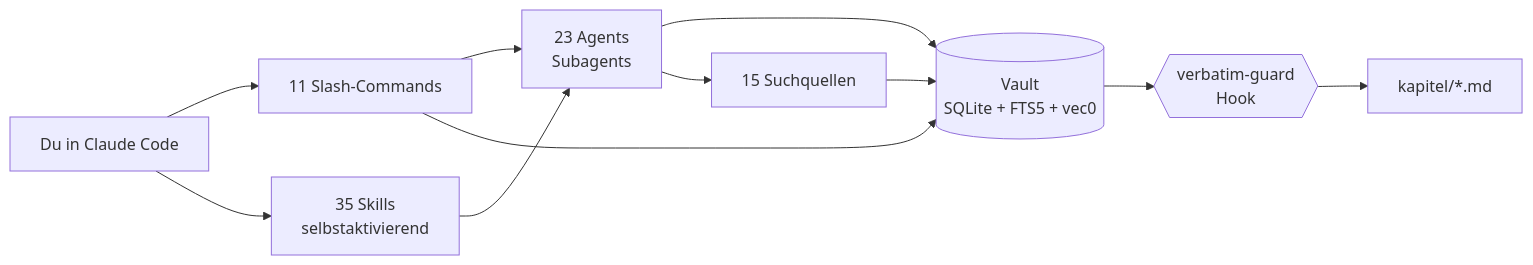
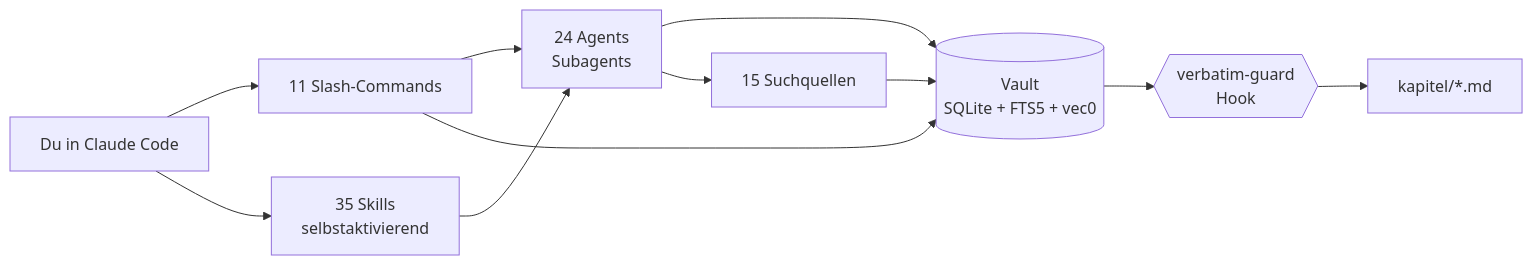
One commit to ahlerjam/academic-research changed the diagram in README.md. Above: the diagram before and after it, drawn with Mermaid. The commit also changed other lines of this file and 19 other files, not shown here.

````diff
--- a/README.md
+++ b/README.md
@@ -76,13 +76,13 @@
 ```mermaid
 graph LR
     U[Du in Claude Code] --> C[11 Slash-Commands]
     U --> S[35 Skills<br/>selbstaktivierend]
-    C --> A[23 Agents<br/>Subagents]
+    C --> A[24 Agents<br/>Subagents]
     S --> A
     A --> V[(Vault<br/>SQLite + FTS5 + vec0)]
     C --> V
     A --> Q[15 Suchquellen]
     Q --> V
     V --> H{{verbatim-guard<br/>Hook}}
     H --> K[kapitel/*.md]
 ```
````
